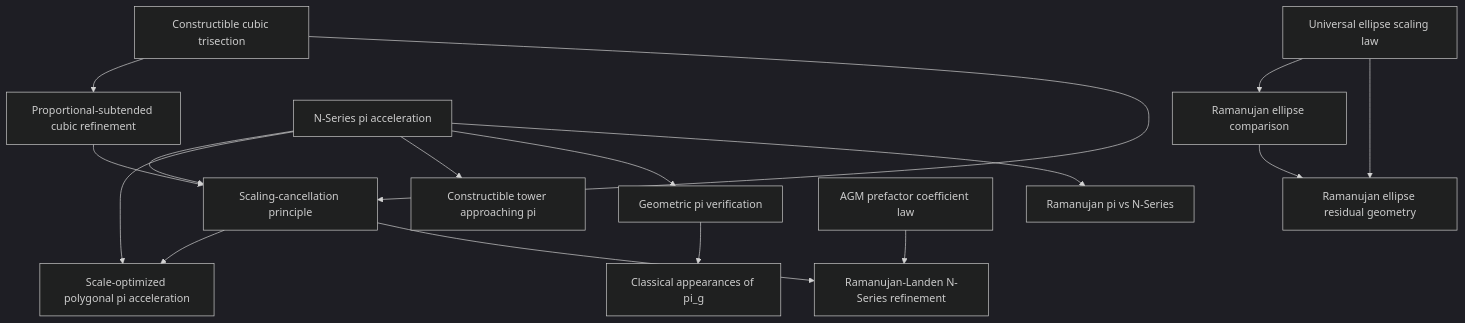
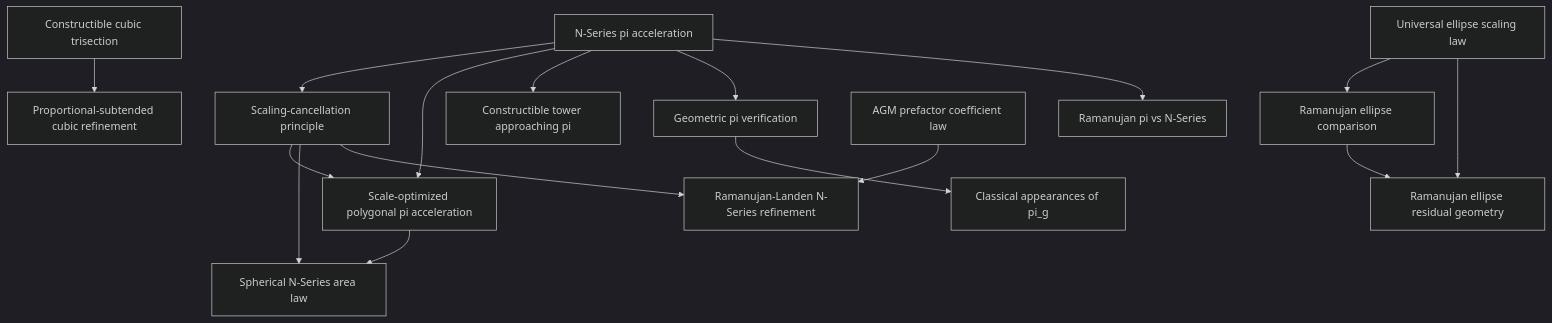
One commit to CWBaker360/geometric-approximation-theory-index changed the diagram in DEPENDENCY_GRAPH.md. Above: the diagram before and after it, drawn with Mermaid (dark theme). The commit also changed other lines of this file and 12 other files, not shown here.

````diff
--- a/DEPENDENCY_GRAPH.md
+++ b/DEPENDENCY_GRAPH.md
@@ -3,22 +3,22 @@
 ```mermaid
 flowchart TD
     A[Constructible cubic trisection] --> B[Proportional-subtended cubic refinement]
-    A --> D[Scaling-cancellation principle]
-    B --> D
 
-    C[N-Series pi acceleration] --> D
+    C[N-Series pi acceleration] --> D[Scaling-cancellation principle]
     C --> E[Scale-optimized polygonal pi acceleration]
     D --> E
+    D --> S[Spherical N-Series area law]
+    E --> S
     C --> F[Constructible tower approaching pi]
 
     C --> G[Geometric pi verification]
     G --> H[Classical appearances of pi_g]
     C --> I[Ramanujan pi vs N-Series]
 
     J[AGM prefactor coefficient law] --> K[Ramanujan-Landen N-Series refinement]
     D --> K
 
     L[Universal ellipse scaling law] --> M[Ramanujan ellipse comparison]
     M --> N[Ramanujan ellipse residual geometry]
     L --> N
 ```
````
